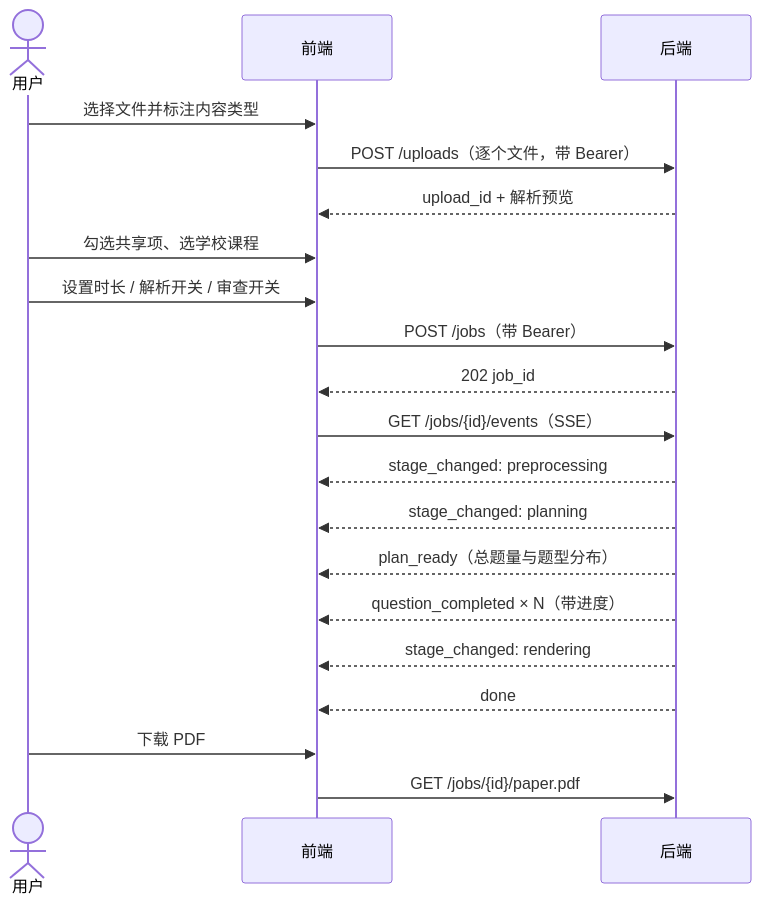
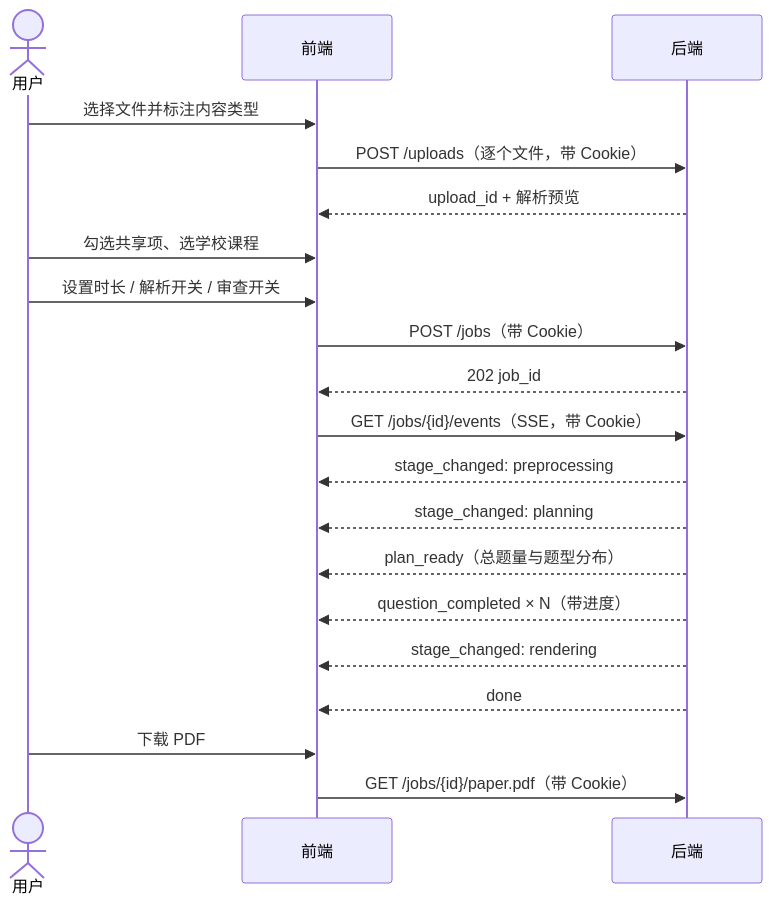
The second of 3 diagrams in docs/prd.md (pykelysia/knowledge2exam), drawn with Mermaid before and after one commit. The commit also changed other lines of this file and 5 other files, not shown here.

````diff
--- a/docs/prd.md
+++ b/docs/prd.md
@@ -223,23 +223,23 @@
 ```mermaid
 sequenceDiagram
     actor U as 用户
     participant F as 前端
     participant B as 后端
 
     U->>F: 选择文件并标注内容类型
-    F->>B: POST /uploads（逐个文件，带 Bearer）
+    F->>B: POST /uploads（逐个文件，带 Cookie）
     B-->>F: upload_id + 解析预览
     U->>F: 勾选共享项、选学校课程
     U->>F: 设置时长 / 解析开关 / 审查开关
-    F->>B: POST /jobs（带 Bearer）
+    F->>B: POST /jobs（带 Cookie）
     B-->>F: 202 job_id
-    F->>B: GET /jobs/{id}/events（SSE）
+    F->>B: GET /jobs/{id}/events（SSE，带 Cookie）
     B-->>F: stage_changed: preprocessing
     B-->>F: stage_changed: planning
     B-->>F: plan_ready（总题量与题型分布）
     B-->>F: question_completed × N（带进度）
     B-->>F: stage_changed: rendering
     B-->>F: done
     U->>F: 下载 PDF
-    F->>B: GET /jobs/{id}/paper.pdf
+    F->>B: GET /jobs/{id}/paper.pdf（带 Cookie）
 ```
````
